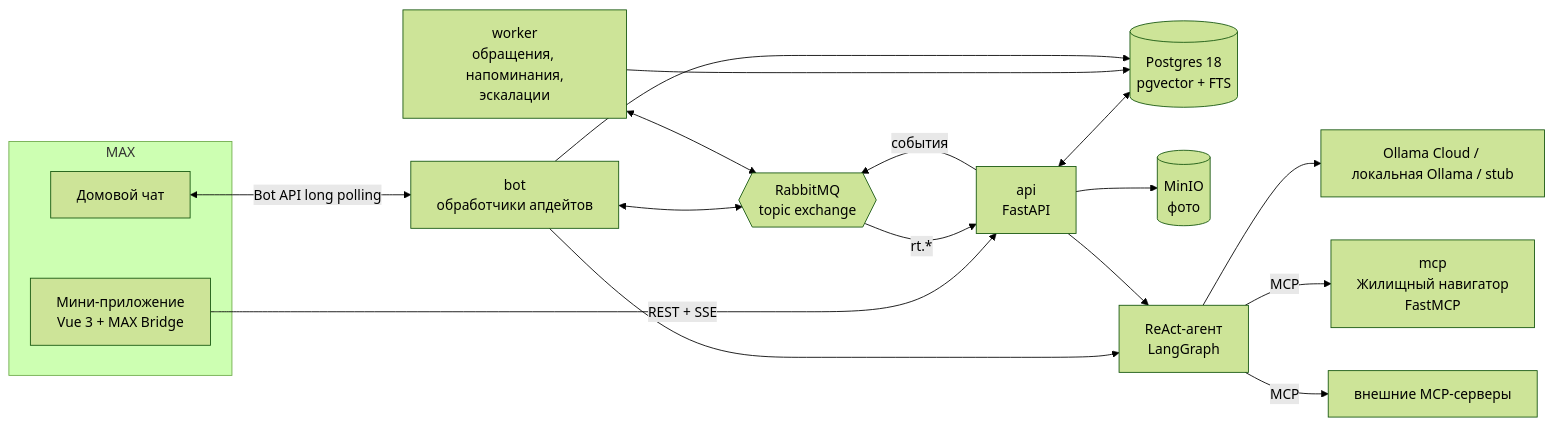
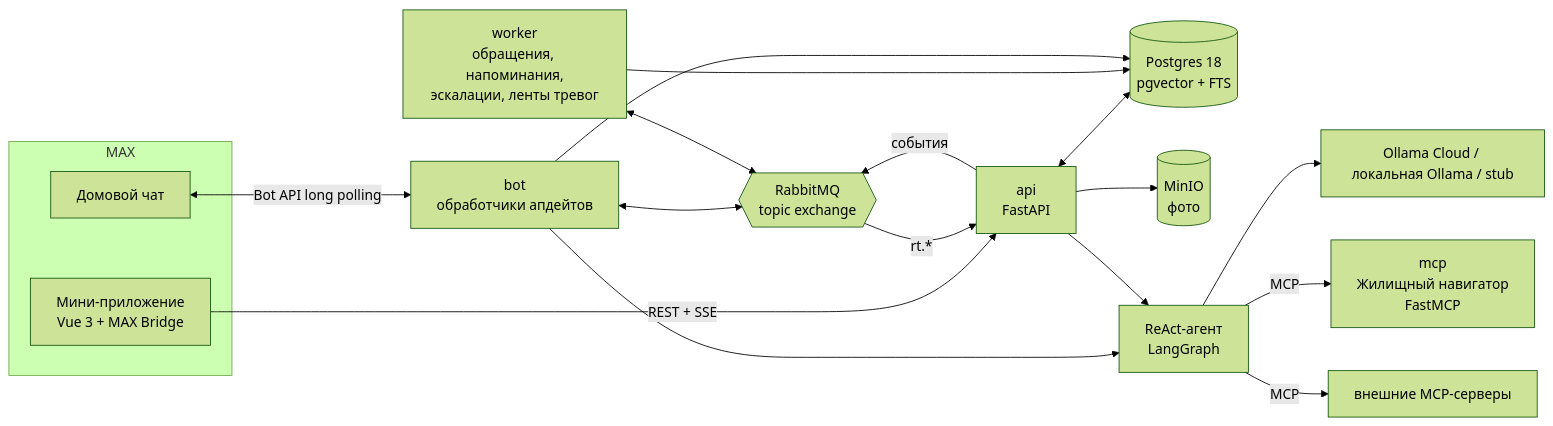
One commit to Mojarung/max_hack changed the diagram in README.md. Above: the diagram before and after it, drawn with Mermaid (forest theme). The commit also changed other lines of this file and 69 other files, not shown here.

````diff
--- a/README.md
+++ b/README.md
@@ -82,22 +158,22 @@
 ```mermaid
 flowchart LR
   subgraph MAX
     Chat[Домовой чат]
     MiniApp[Мини-приложение<br/>Vue 3 + MAX Bridge]
   end
   Chat <-- Bot API long polling --> Bot[bot<br/>обработчики апдейтов]
   MiniApp -- REST + SSE --> API[api<br/>FastAPI]
   API <--> PG[(Postgres 18<br/>pgvector + FTS)]
   API --> S3[(MinIO<br/>фото)]
   API -- события --> MQ{{RabbitMQ<br/>topic exchange}}
   Bot <--> MQ
-  Worker[worker<br/>обращения, напоминания,<br/>эскалации] <--> MQ
+  Worker[worker<br/>обращения, напоминания,<br/>эскалации, ленты тревог] <--> MQ
   MQ -- rt.* --> API
   Bot --> Agent[ReAct-агент<br/>LangGraph]
   API --> Agent
   Agent --> LLM[Ollama Cloud / локальная Ollama / stub]
   Agent -- MCP --> MCP[mcp<br/>Жилищный навигатор<br/>FastMCP]
   Agent -- MCP --> Ext[внешние MCP-серверы]
   Worker --> PG
   Bot --> PG
 ```
````
